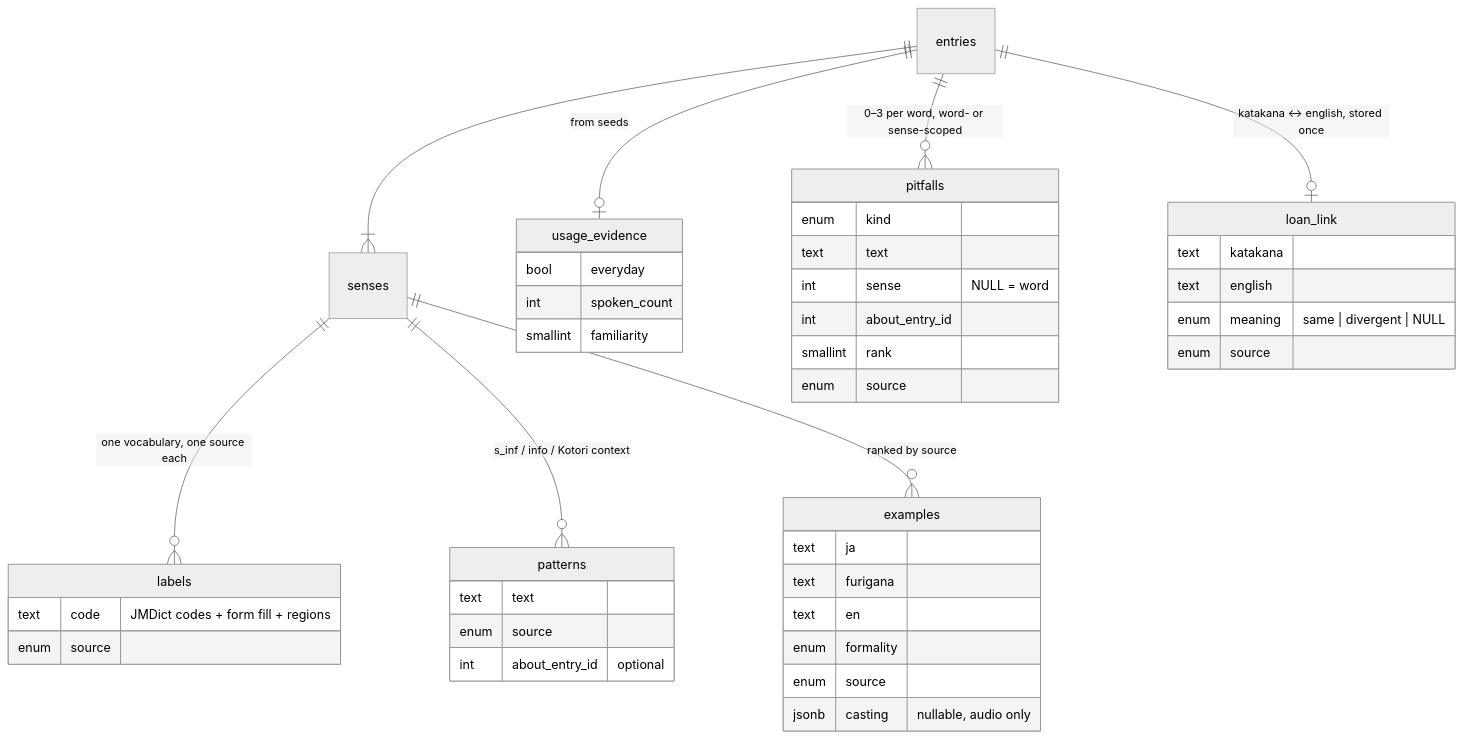
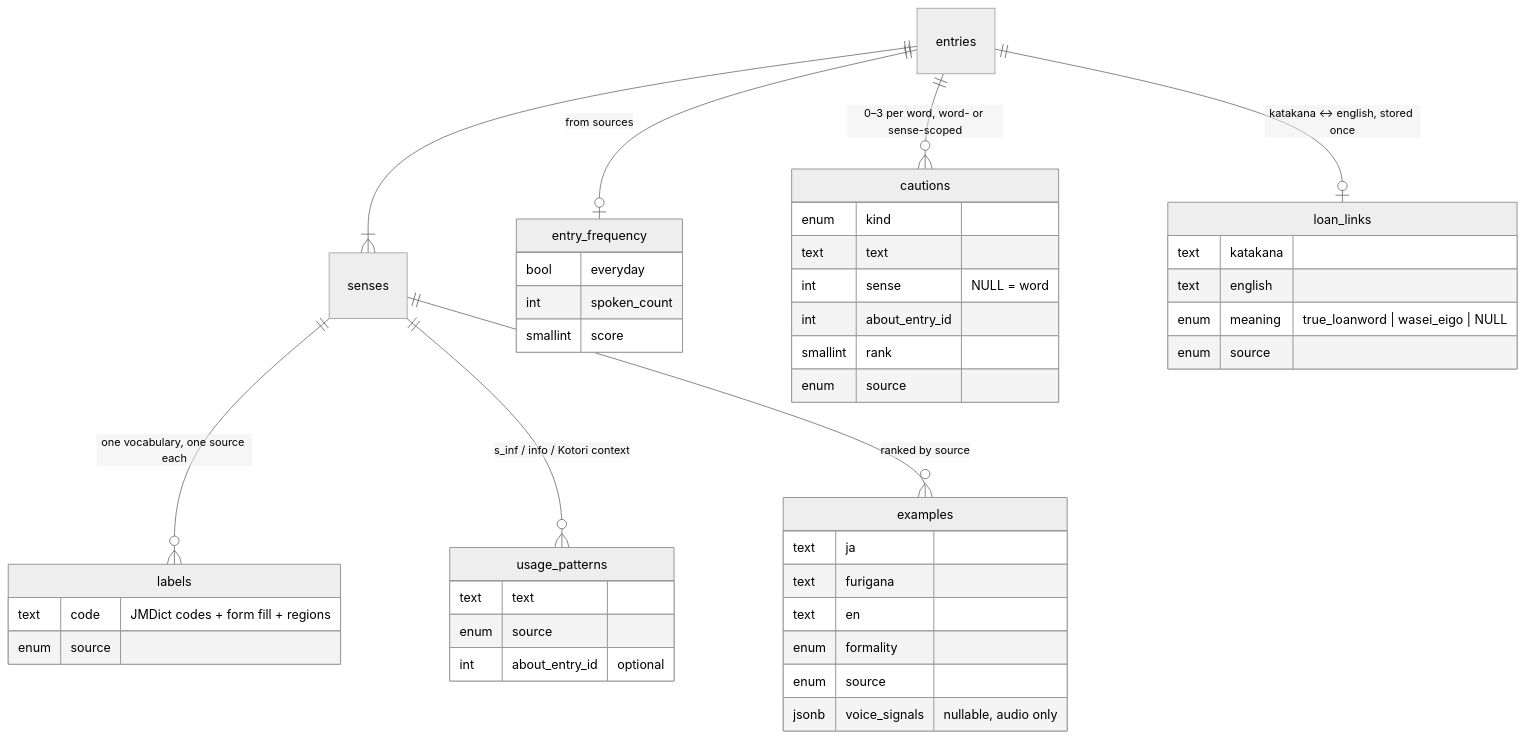
The first of 2 diagrams in docs/specs/dictionary-enrichment-model.md (0Calories/kotori), drawn with Mermaid (neutral theme) before and after one commit. The commit also changed other lines of this file and 85 other files, not shown here.

````diff
--- a/docs/specs/dictionary-enrichment-model.md
+++ b/docs/specs/dictionary-enrichment-model.md
@@ -48,17 +48,17 @@
 ```mermaid
 erDiagram
     entries ||--|{ senses : ""
-    entries ||--o| usage_evidence : "from seeds"
+    entries ||--o| entry_frequency : "from sources"
     senses  ||--o{ labels : "one vocabulary, one source each"
-    senses  ||--o{ patterns : "s_inf / info / Kotori context"
+    senses  ||--o{ usage_patterns : "s_inf / info / Kotori context"
     senses  ||--o{ examples : "ranked by source"
-    entries ||--o{ pitfalls : "0–3 per word, word- or sense-scoped"
-    entries ||--o| loan_link : "katakana ↔ english, stored once"
+    entries ||--o{ cautions : "0–3 per word, word- or sense-scoped"
+    entries ||--o| loan_links : "katakana ↔ english, stored once"
 
     labels { text code "JMDict codes + form fill + regions"  enum source }
-    patterns { text text  enum source  int about_entry_id "optional" }
-    examples { text ja  text furigana  text en  enum formality  enum source  jsonb casting "nullable, audio only" }
-    pitfalls { enum kind  text text  int sense "NULL = word"  int about_entry_id  smallint rank  enum source }
-    usage_evidence { bool everyday  int spoken_count  smallint familiarity }
-    loan_link { text katakana  text english  enum meaning "same | divergent | NULL"  enum source }
+    usage_patterns { text text  enum source  int about_entry_id "optional" }
+    examples { text ja  text furigana  text en  enum formality  enum source  jsonb voice_signals "nullable, audio only" }
+    cautions { enum kind  text text  int sense "NULL = word"  int about_entry_id  smallint rank  enum source }
+    entry_frequency { bool everyday  int spoken_count  smallint score }
+    loan_links { text katakana  text english  enum meaning "true_loanword | wasei_eigo | NULL"  enum source }
 ```
````
